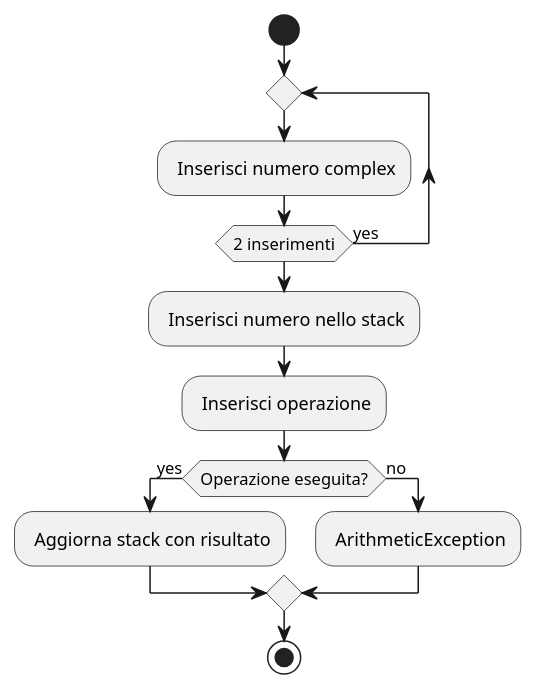
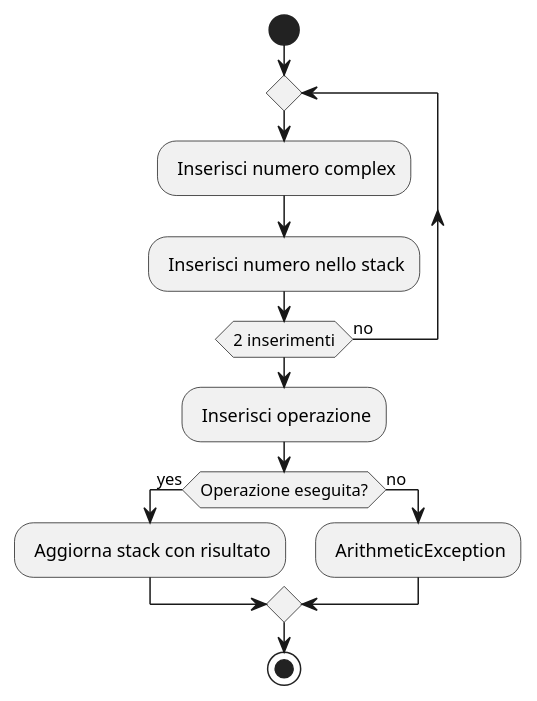
Before and after one commit to LuciaNancyLavista/Gruppo06_software_eng_L.I.V.P: the diagram in CalcolatriceProgrammabile/Diagrams/Activity Diagrams/ActivityDiagram_Inserimento.puml, drawn with PlantUML.

Commit message:
Update ActivityDiagram

```diff
--- a/CalcolatriceProgrammabile/Diagrams/Activity Diagrams/ActivityDiagram_Inserimento.puml
+++ b/CalcolatriceProgrammabile/Diagrams/Activity Diagrams/ActivityDiagram_Inserimento.puml
@@ -1,19 +1,19 @@
 @startuml ActivityDiagram_Inserimento 
 
 start
 
 repeat
 : Inserisci numero complex;
-repeat while(2 inserimenti) is (yes)
+: Inserisci numero nello stack;
+repeat while(2 inserimenti) is (no)
 
-: Inserisci numero nello stack;
 : Inserisci operazione;
 if(Operazione eseguita?) then (yes)
     : Aggiorna stack con risultato;
 else (no)
     : ArithmeticException;
 endif
 
 stop
 
 @enduml
```
